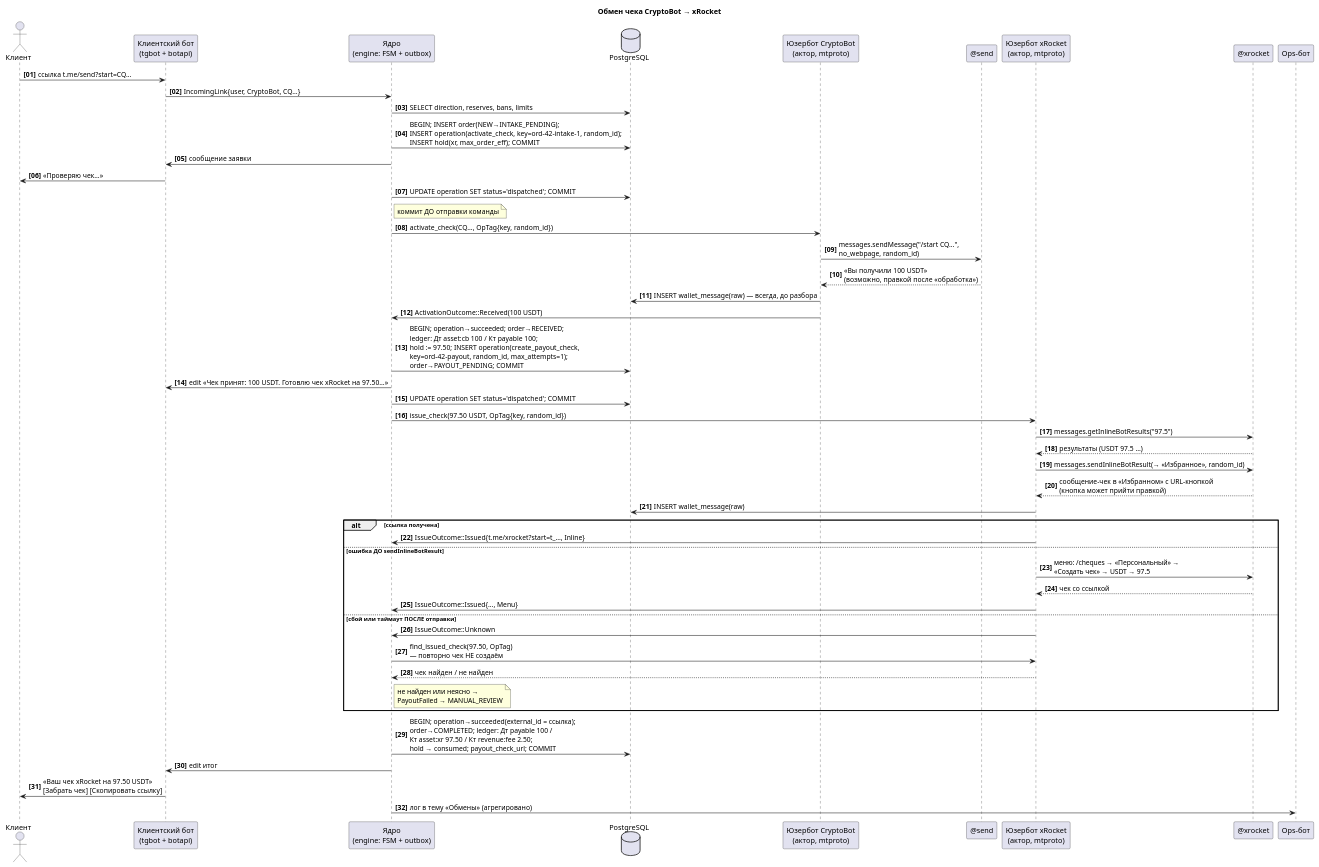
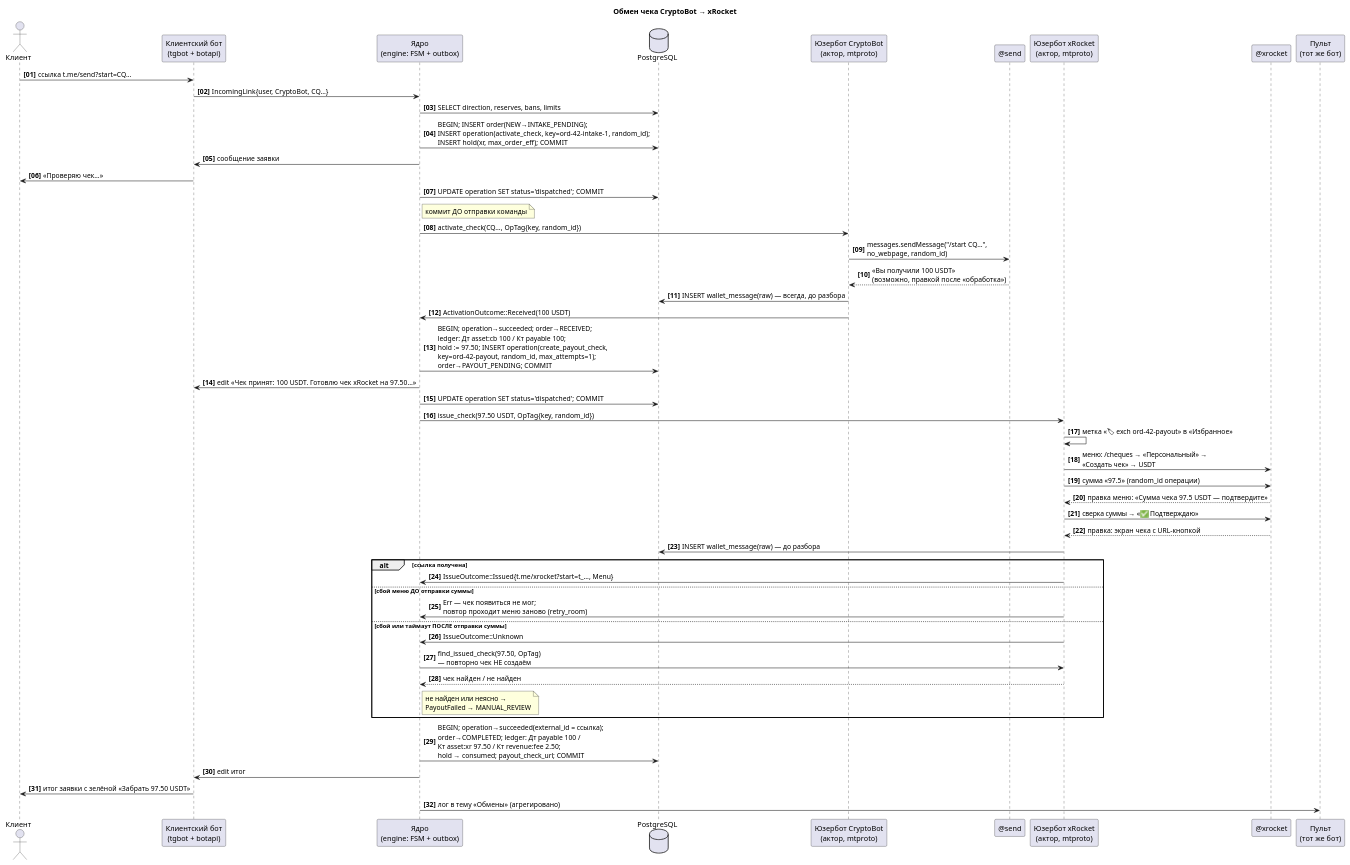
One commit to Nacebara/webquest changed the diagram in exchanger/diagrams/06-sequence-check-exchange.puml. Above: the diagram before and after it, drawn with PlantUML. The commit also changed 12 other files, not shown here.

First line of the commit message:
diagrams: sources match the code again; pictures marked as outdated (Р-19.2)

```diff
--- a/exchanger/diagrams/06-sequence-check-exchange.puml
+++ b/exchanger/diagrams/06-sequence-check-exchange.puml
@@ -1,58 +1,58 @@
 @startuml sequence-check-exchange
 ' Последовательность: обмен чека CryptoBot -> xRocket (основной поток, DESIGN-v0.2).
 ' Приём и выплата — юзерботы; выплата — create_payout_check (одна попытка, random_id).
 skinparam shadowing false
 autonumber "<b>[00]"
 title Обмен чека CryptoBot → xRocket
 
 actor "Клиент" as C
 participant "Клиентский бот\n(tgbot + botapi)" as BOT
 participant "Ядро\n(engine: FSM + outbox)" as CORE
 database "PostgreSQL" as DB
 participant "Юзербот CryptoBot\n(актор, mtproto)" as UBC
 participant "@send" as SEND
 participant "Юзербот xRocket\n(актор, mtproto)" as UBX
 participant "@xrocket" as XRB
-participant "Ops-бот" as OPS
+participant "Пульт\n(тот же бот)" as OPS
 
 C -> BOT : ссылка t.me/send?start=CQ…
 BOT -> CORE : IncomingLink{user, CryptoBot, CQ…}
 CORE -> DB : SELECT direction, reserves, bans, limits
 CORE -> DB : BEGIN; INSERT order(NEW→INTAKE_PENDING);\nINSERT operation(activate_check, key=ord-42-intake-1, random_id);\nINSERT hold(xr, max_order_eff); COMMIT
 CORE -> BOT : сообщение заявки
 BOT -> C : «Проверяю чек…»
 
 CORE -> DB : UPDATE operation SET status='dispatched'; COMMIT
 note right of CORE : коммит ДО отправки команды
 CORE -> UBC : activate_check(CQ…, OpTag{key, random_id})
 UBC -> SEND : messages.sendMessage("/start CQ…",\nno_webpage, random_id)
 SEND --> UBC : «Вы получили 100 USDT»\n(возможно, правкой после «обработка»)
 UBC -> DB : INSERT wallet_message(raw) — всегда, до разбора
 UBC -> CORE : ActivationOutcome::Received(100 USDT)
 CORE -> DB : BEGIN; operation→succeeded; order→RECEIVED;\nledger: Дт asset:cb 100 / Кт payable 100;\nhold := 97.50; INSERT operation(create_payout_check,\nkey=ord-42-payout, random_id, max_attempts=1);\norder→PAYOUT_PENDING; COMMIT
 CORE -> BOT : edit «Чек принят: 100 USDT. Готовлю чек xRocket на 97.50…»
 
 CORE -> DB : UPDATE operation SET status='dispatched'; COMMIT
 CORE -> UBX : issue_check(97.50 USDT, OpTag{key, random_id})
-UBX -> XRB : messages.getInlineBotResults("97.5")
-XRB --> UBX : результаты (USDT 97.5 …)
-UBX -> XRB : messages.sendInlineBotResult(→ «Избранное», random_id)
-XRB --> UBX : сообщение-чек в «Избранном» с URL-кнопкой\n(кнопка может прийти правкой)
-UBX -> DB : INSERT wallet_message(raw)
+UBX -> UBX : метка «🏷 exch ord-42-payout» в «Избранное»
+UBX -> XRB : меню: /cheques → «Персональный» →\n«Создать чек» → USDT
+UBX -> XRB : сумма «97.5» (random_id операции)
+XRB --> UBX : правка меню: «Сумма чека 97.5 USDT — подтвердите»
+UBX -> XRB : сверка суммы → «✅ Подтверждаю»
+XRB --> UBX : правка: экран чека с URL-кнопкой
+UBX -> DB : INSERT wallet_message(raw) — до разбора
 alt ссылка получена
-  UBX -> CORE : IssueOutcome::Issued{t.me/xrocket?start=t_…, Inline}
-else ошибка ДО sendInlineBotResult
-  UBX -> XRB : меню: /cheques → «Персональный» →\n«Создать чек» → USDT → 97.5
-  XRB --> UBX : чек со ссылкой
-  UBX -> CORE : IssueOutcome::Issued{…, Menu}
-else сбой или таймаут ПОСЛЕ отправки
+  UBX -> CORE : IssueOutcome::Issued{t.me/xrocket?start=t_…, Menu}
+else сбой меню ДО отправки суммы
+  UBX -> CORE : Err — чек появиться не мог;\nповтор проходит меню заново (retry_room)
+else сбой или таймаут ПОСЛЕ отправки суммы
   UBX -> CORE : IssueOutcome::Unknown
   CORE -> UBX : find_issued_check(97.50, OpTag)\n— повторно чек НЕ создаём
   UBX --> CORE : чек найден / не найден
   note right of CORE : не найден или неясно →\nPayoutFailed → MANUAL_REVIEW
 end
 CORE -> DB : BEGIN; operation→succeeded(external_id = ссылка);\norder→COMPLETED; ledger: Дт payable 100 /\nКт asset:xr 97.50 / Кт revenue:fee 2.50;\nhold → consumed; payout_check_url; COMMIT
 CORE -> BOT : edit итог
-BOT -> C : «Ваш чек xRocket на 97.50 USDT»\n[Забрать чек] [Скопировать ссылку]
+BOT -> C : итог заявки с зелёной «Забрать 97.50 USDT»
 CORE -> OPS : лог в тему «Обмены» (агрегировано)
 @enduml
```
